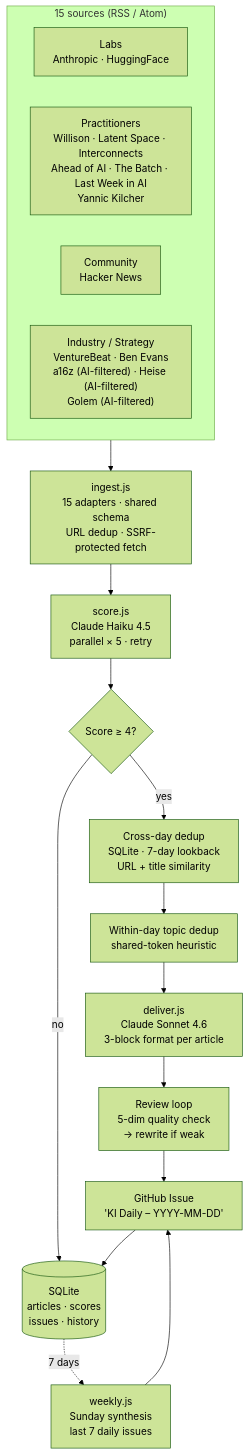
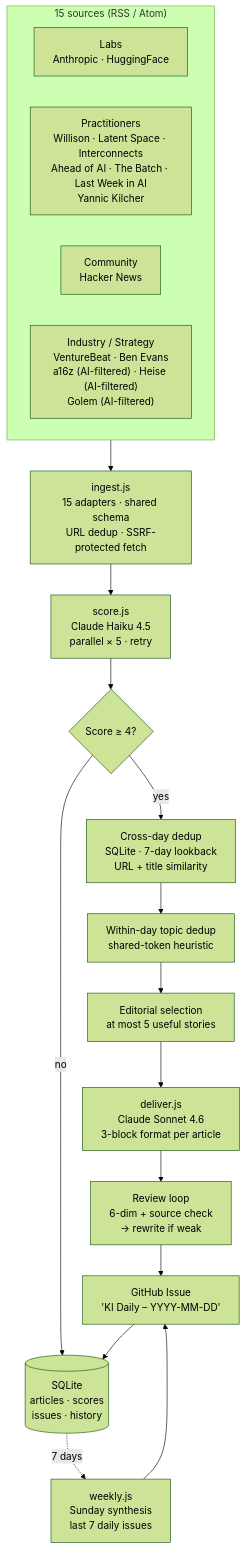
Before and after one commit to kronprinzmagma/ki-news-aggregator: the diagram in README.md, drawn with Mermaid (forest theme). The commit also changed other lines of this file and 35 other files, not shown here.

Commit message:
fix(editorial): cap briefings and gate source fidelity and clarity (#218)

````diff
--- a/README.md
+++ b/README.md
@@ -75,26 +75,27 @@
 ```mermaid
 flowchart TD
     subgraph Sources["15 sources (RSS / Atom)"]
         S1["Labs<br/>Anthropic · HuggingFace"]
         S2["Practitioners<br/>Willison · Latent Space · Interconnects<br/>Ahead of AI · The Batch · Last Week in AI<br/>Yannic Kilcher"]
         S3["Community<br/>Hacker News"]
         S4["Industry / Strategy<br/>VentureBeat · Ben Evans<br/>a16z (AI-filtered) · Heise (AI-filtered)<br/>Golem (AI-filtered)"]
     end
 
     Ingest["ingest.js<br/>15 adapters · shared schema<br/>URL dedup · SSRF-protected fetch"]
     Score["score.js<br/>Claude Haiku 4.5<br/>parallel × 5 · retry"]
     Filter{"Score ≥ 4?"}
     XDay["Cross-day dedup<br/>SQLite · 7-day lookback<br/>URL + title similarity"]
     Topic["Within-day topic dedup<br/>shared-token heuristic"]
+    Select["Editorial selection<br/>at most 5 useful stories"]
     Write["deliver.js<br/>Claude Sonnet 4.6<br/>3-block format per article"]
-    Review["Review loop<br/>5-dim quality check<br/>→ rewrite if weak"]
+    Review["Review loop<br/>6-dim + source check<br/>→ rewrite if weak"]
     Issue["GitHub Issue<br/>'KI Daily – YYYY-MM-DD'"]
     Store[("SQLite<br/>articles · scores<br/>issues · history")]
     Weekly["weekly.js<br/>Sunday synthesis<br/>last 7 daily issues"]
 
     Sources --> Ingest --> Score --> Filter
-    Filter -- yes --> XDay --> Topic --> Write --> Review --> Issue
+    Filter -- yes --> XDay --> Topic --> Select --> Write --> Review --> Issue
     Filter -- no --> Store
     Issue --> Store
     Store -.7 days.-> Weekly --> Issue
 ```
````
